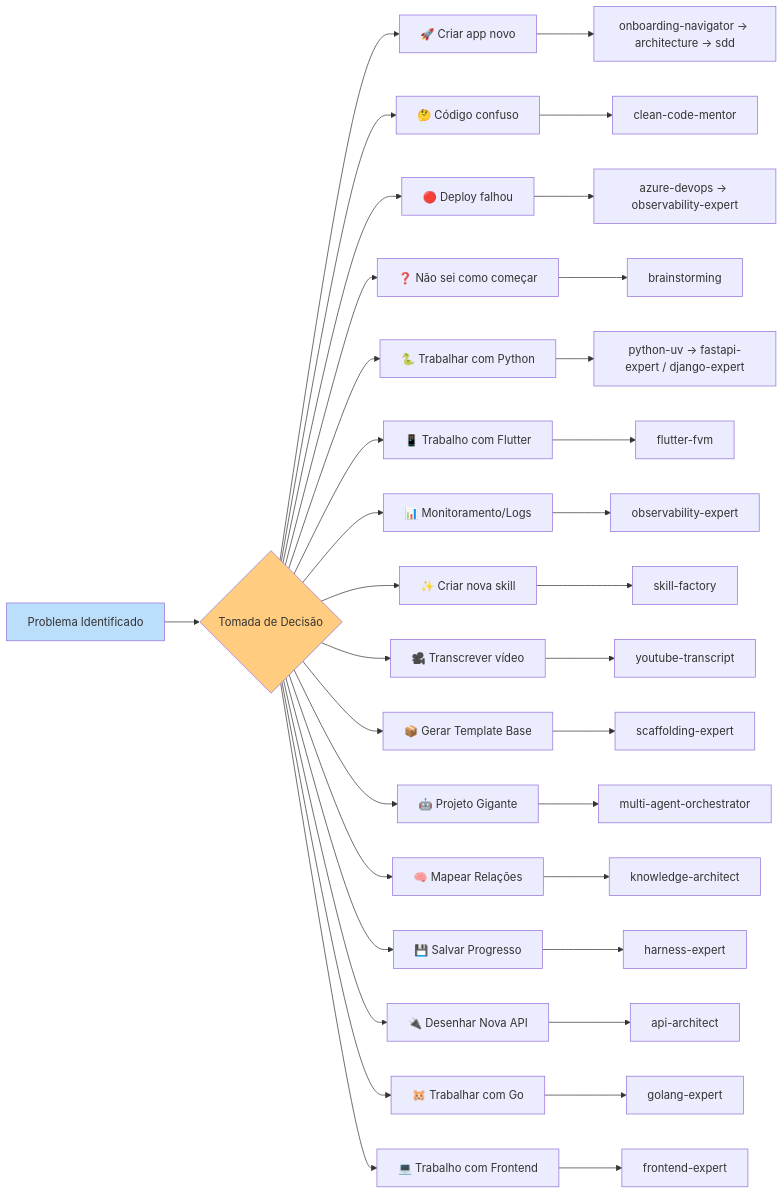
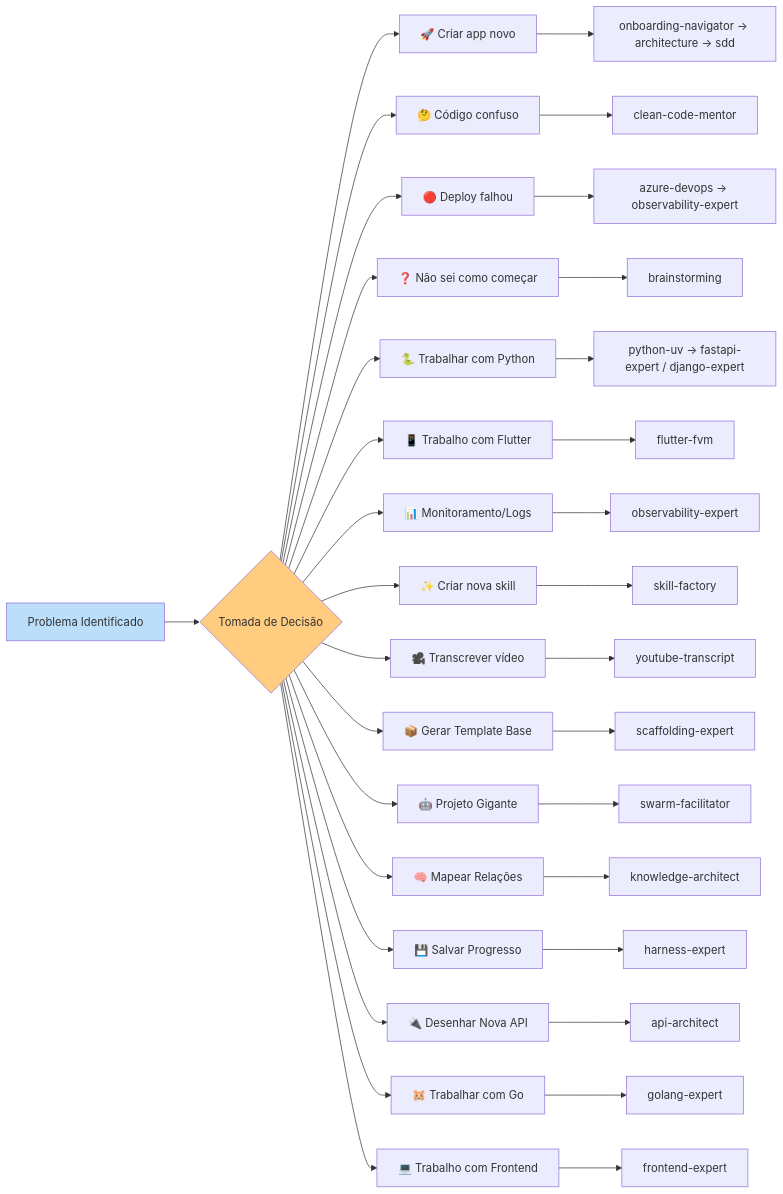
The second of 2 diagrams in onboarding-navigator/references/skills-catalog.md (KlebersonCollab/skills), drawn with Mermaid before and after one commit. The commit also changed other lines of this file and 11 other files, not shown here.

First line of the commit message:
refactor: unify state management and rename multi-agent-orchestrator to swarm-facilitator

````diff
--- a/onboarding-navigator/references/skills-catalog.md
+++ b/onboarding-navigator/references/skills-catalog.md
@@ -101,41 +101,41 @@
 ```mermaid
 flowchart LR
     Problem[Problema Identificado] --> Decision{Tomada de Decisão}
     
     Decision --> NewApp["🚀 Criar app novo"]
     Decision --> CodeSmell["🤔 Código confuso"]
     Decision --> DeployFailed["🔴 Deploy falhou"]
     Decision --> NoIdea["❓ Não sei como começar"]
     Decision --> PythonTask["🐍 Trabalhar com Python"]
     Decision --> FlutterTask["📱 Trabalho com Flutter"]
     Decision --> Monitor["📊 Monitoramento/Logs"]
     Decision --> NewSkill["✨ Criar nova skill"]
     Decision --> YoutubeVid["🎥 Transcrever vídeo"]
     Decision --> Scaffold["📦 Gerar Template Base"]
     Decision --> Orchestrate["🤖 Projeto Gigante"]
     Decision --> MapKnowledge["🧠 Mapear Relações"]
     Decision --> SaveState["💾 Salvar Progresso"]
     Decision --> NewAPI["🔌 Desenhar Nova API"]
     Decision --> GoTask["🐹 Trabalhar com Go"]
     Decision --> FrontendTask["💻 Trabalho com Frontend"]
     
     NewApp --> Path1[onboarding-navigator → architecture → sdd]
     CodeSmell --> Path2[clean-code-mentor]
     DeployFailed --> Path3[azure-devops → observability-expert]
     NoIdea --> Path4[brainstorming]
     PythonTask --> Path5[python-uv → fastapi-expert / django-expert]
     FlutterTask --> Path6[flutter-fvm]
     Monitor --> Path7[observability-expert]
     NewSkill --> Path8[skill-factory]
     YoutubeVid --> Path9[youtube-transcript]
     Scaffold --> Path10[scaffolding-expert]
-    Orchestrate --> Path11[multi-agent-orchestrator]
+    Orchestrate --> Path11[swarm-facilitator]
     MapKnowledge --> Path12[knowledge-architect]
     SaveState --> Path13[harness-expert]
     NewAPI --> Path14[api-architect]
     GoTask --> Path15[golang-expert]
     FrontendTask --> Path16[frontend-expert]
     
     style Problem fill:#bbdefb
     style Decision fill:#ffcc80
 ```
````
